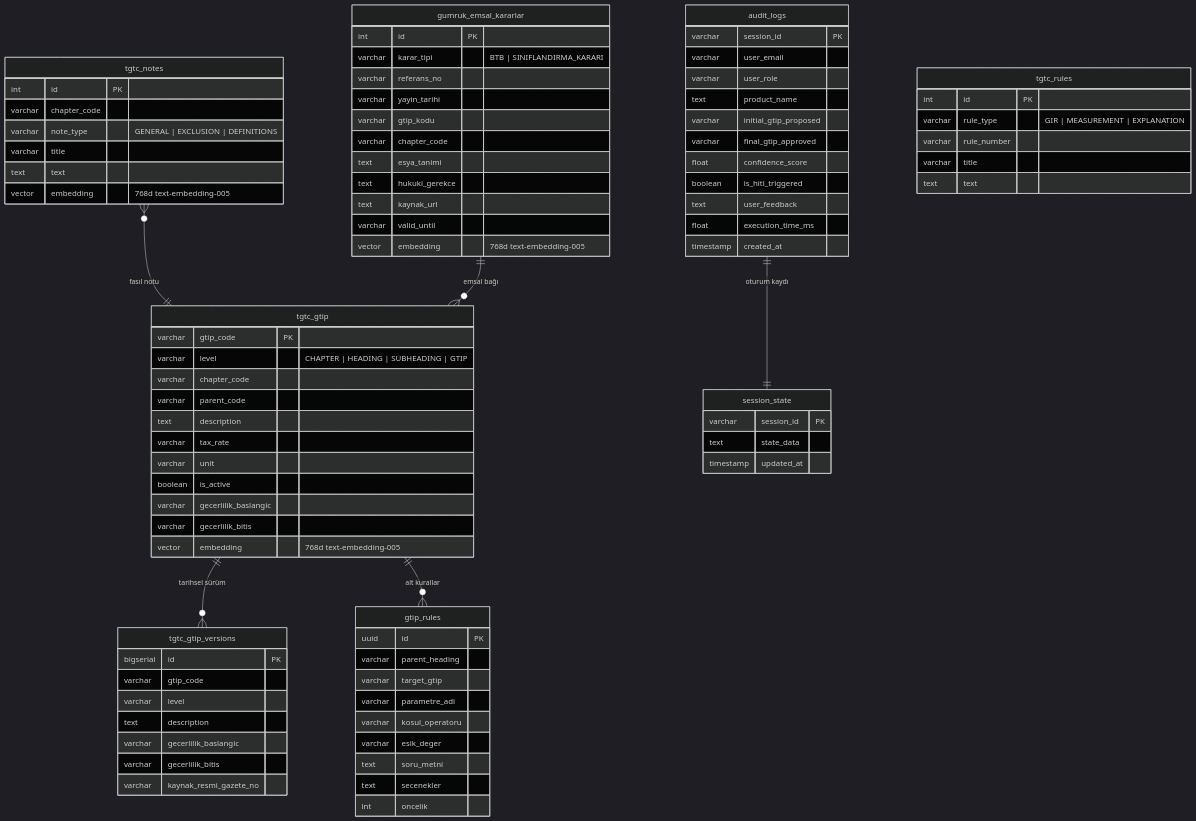
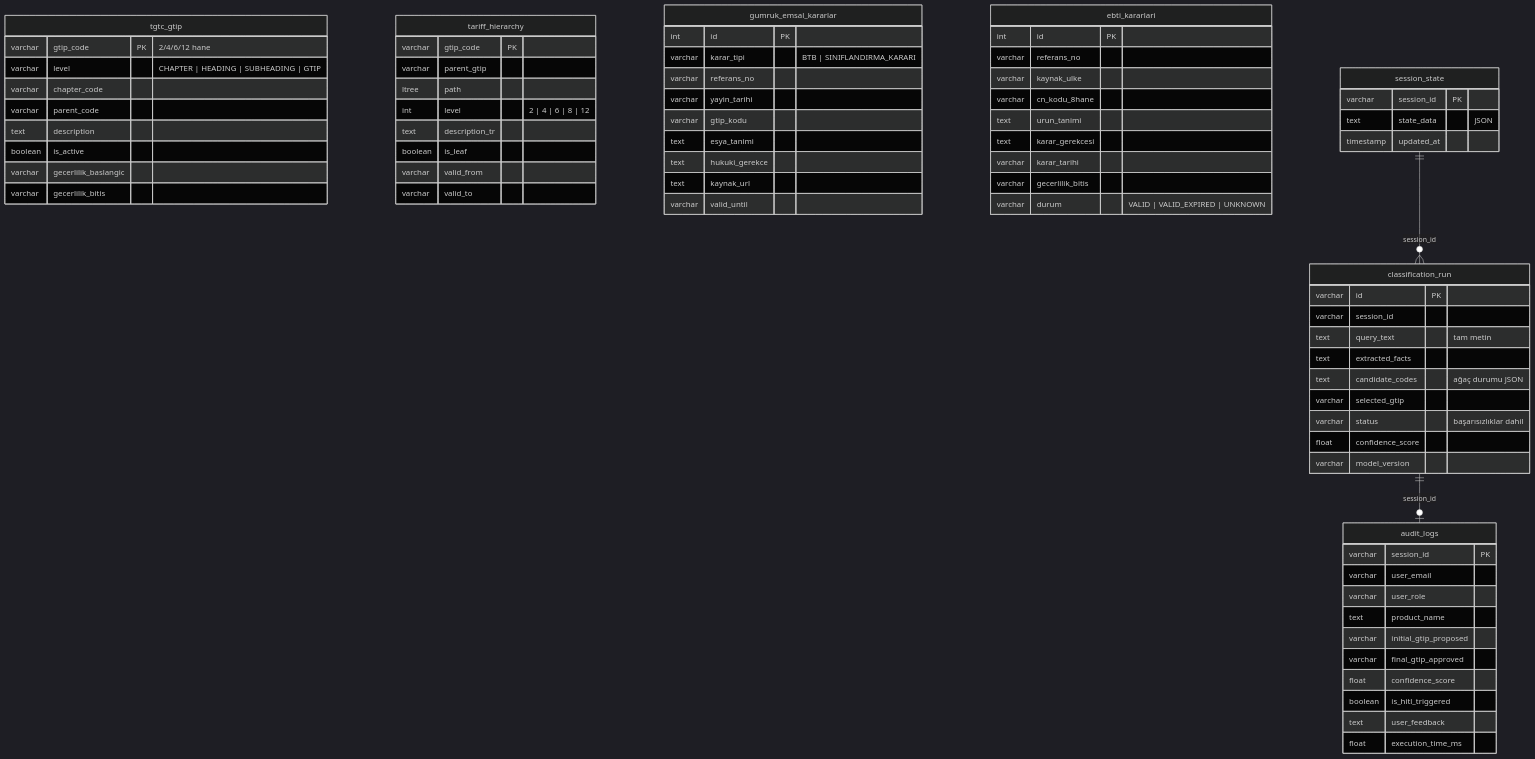
One commit to yusufarbc/yapay-zeka-gtip-tespiti changed the fourth of 4 diagrams in MIMARI_VE_ALGORITMIK_RAPOR.md. Above: the diagram before and after it, drawn with Mermaid (dark theme). The commit also changed other lines of this file, not shown here.

First line of the commit message:
docs(architecture): raporu kodun güncel hâline göre yeniden yaz

````diff
--- a/MIMARI_VE_ALGORITMIK_RAPOR.md
+++ b/MIMARI_VE_ALGORITMIK_RAPOR.md
@@ -409,78 +472,63 @@
 ```mermaid
 erDiagram
-    tgtc_gtip ||--o{ tgtc_gtip_versions : "tarihsel sürüm"
-    tgtc_gtip ||--o{ gtip_rules : "alt kurallar"
-    tgtc_notes }o--|| tgtc_gtip : "fasıl notu"
-    gumruk_emsal_kararlar ||--o{ tgtc_gtip : "emsal bağı"
-    audit_logs ||--|| session_state : "oturum kaydı"
-
     tgtc_gtip {
-        varchar gtip_code PK
+        varchar gtip_code PK "2/4/6/12 hane"
         varchar level "CHAPTER | HEADING | SUBHEADING | GTIP"
         varchar chapter_code
         varchar parent_code
         text description
-        varchar tax_rate
-        varchar unit
         boolean is_active
         varchar gecerlilik_baslangic
         varchar gecerlilik_bitis
-        vector embedding "768d text-embedding-005"
     }
-
-    tgtc_gtip_versions {
-        bigserial id PK
-        varchar gtip_code
-        varchar level
-        text description
-        varchar gecerlilik_baslangic
-        varchar gecerlilik_bitis
-        varchar kaynak_resmi_gazete_no
+    tariff_hierarchy {
+        varchar gtip_code PK
+        varchar parent_gtip
+        ltree path
+        int level "2 | 4 | 6 | 8 | 12"
+        text description_tr
+        boolean is_leaf
+        varchar valid_from
+        varchar valid_to
     }
-
-    tgtc_rules {
-        int id PK
-        varchar rule_type "GIR | MEASUREMENT | EXPLANATION"
-        varchar rule_number
-        varchar title
-        text text
-    }
-
-    tgtc_notes {
-        int id PK
-        varchar chapter_code
-        varchar note_type "GENERAL | EXCLUSION | DEFINITIONS"
-        varchar title
-        text text
-        vector embedding "768d text-embedding-005"
-    }
-
     gumruk_emsal_kararlar {
         int id PK
         varchar karar_tipi "BTB | SINIFLANDIRMA_KARARI"
         varchar referans_no
         varchar yayin_tarihi
         varchar gtip_kodu
-        varchar chapter_code
         text esya_tanimi
         text hukuki_gerekce
         text kaynak_url
         varchar valid_until
-        vector embedding "768d text-embedding-005"
     }
-
-    gtip_rules {
-        uuid id PK
-        varchar parent_heading
-        varchar target_gtip
-        varchar parametre_adi
-        varchar kosul_operatoru
-        varchar esik_deger
-        text soru_metni
-        text secenekler
-        int oncelik
+    ebti_kararlari {
+        int id PK
+        varchar referans_no
+        varchar kaynak_ulke
+        varchar cn_kodu_8hane
+        text urun_tanimi
+        text karar_gerekcesi
+        varchar karar_tarihi
+        varchar gecerlilik_bitis
+        varchar durum "VALID | VALID_EXPIRED | UNKNOWN"
     }
-
+    session_state {
+        varchar session_id PK
+        text state_data "JSON"
+        timestamp updated_at
+    }
+    classification_run {
+        varchar id PK
+        varchar session_id
+        text query_text "tam metin"
+        text extracted_facts
+        text candidate_codes "ağaç durumu JSON"
+        varchar selected_gtip
+        varchar status "başarısızlıklar dahil"
+        float confidence_score
+        varchar model_version
+    }
     audit_logs {
         varchar session_id PK
         varchar user_email
@@ -492,12 +540,7 @@
         boolean is_hitl_triggered
         text user_feedback
         float execution_time_ms
-        timestamp created_at
     }
-
-    session_state {
-        varchar session_id PK
-        text state_data
-        timestamp updated_at
-    }
+    session_state ||--o{ classification_run : "session_id"
+    classification_run ||--o| audit_logs : "session_id"
 ```
````
